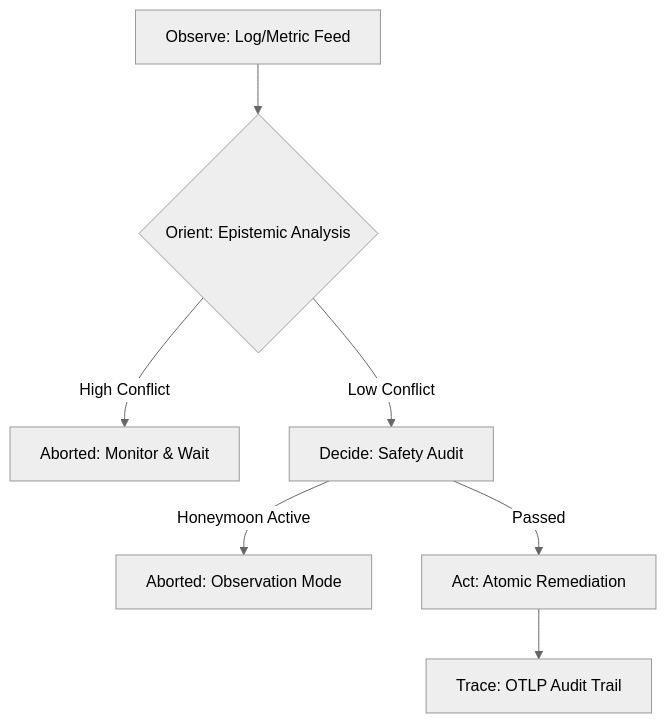
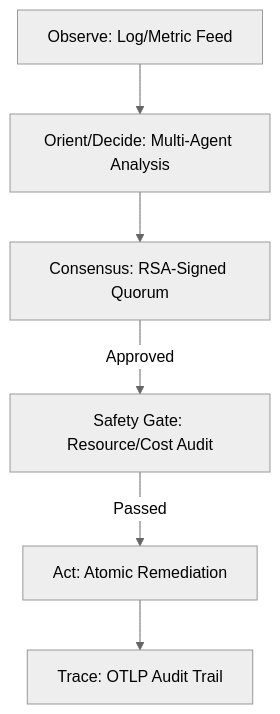
One commit to anandkrshnn-ai/gcp-qe-architecture changed the diagram in evidence/FINAL_MEDIUM_POST.md. Above: the diagram before and after it, drawn with Mermaid (neutral theme). The commit also changed other lines of this file and 30 other files, not shown here.

````diff
--- a/evidence/FINAL_MEDIUM_POST.md
+++ b/evidence/FINAL_MEDIUM_POST.md
@@ -25,9 +23,8 @@
 ```mermaid
 graph TD
-    A[Observe: Log/Metric Feed] --> B{Orient: Epistemic Analysis}
-    B -->|High Conflict| C[Aborted: Monitor & Wait]
-    B -->|Low Conflict| D[Decide: Safety Audit]
-    D -->|Honeymoon Active| E[Aborted: Observation Mode]
-    D -->|Passed| F[Act: Atomic Remediation]
-    F --> G[Trace: OTLP Audit Trail]
+    A[Observe: Log/Metric Feed] --> B[Orient/Decide: Multi-Agent Analysis]
+    B --> C[Consensus: RSA-Signed Quorum]
+    C -->|Approved| D[Safety Gate: Resource/Cost Audit]
+    D -->|Passed| E[Act: Atomic Remediation]
+    E --> F[Trace: OTLP Audit Trail]
 ```
````
